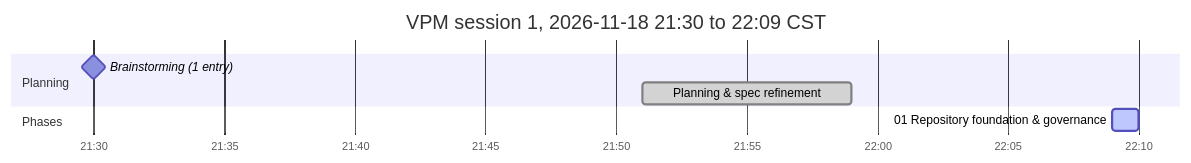
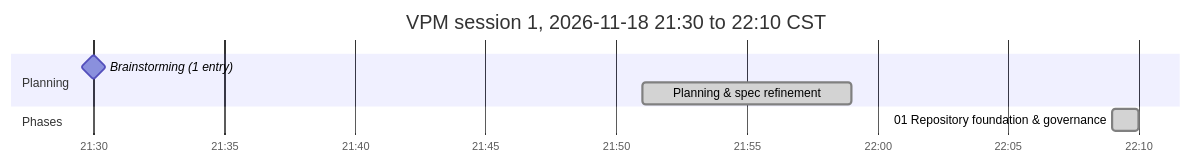
One commit to antonizick/VPNMonitor changed the diagram in VPM_IMPLEMENTATION_PLAN.md. Above: the diagram before and after it, drawn with Mermaid. The commit also changed other lines of this file and 1 other file, not shown here.

Commit message:
docs(plan): refresh timeline

````diff
--- a/VPM_IMPLEMENTATION_PLAN.md
+++ b/VPM_IMPLEMENTATION_PLAN.md
@@ -52,11 +52,11 @@
 ```mermaid
 gantt
-    title VPM session 1, 2026-11-18 21:30 to 22:09 CST
+    title VPM session 1, 2026-11-18 21:30 to 22:10 CST
     dateFormat YYYY-MM-DD HH:mm
     axisFormat %H:%M
     section Planning
     Brainstorming (1 entry) :milestone, bs1, 2026-11-18 21:30, 0m
     Planning & spec refinement :done, p00, 2026-11-18 21:51, 2026-11-18 21:59
     section Phases
-    01 Repository foundation & governance :active, p01s1, 2026-11-18 22:09, 2026-11-18 22:10
+    01 Repository foundation & governance :done, p01s1, 2026-11-18 22:09, 2026-11-18 22:10
 ```
````
